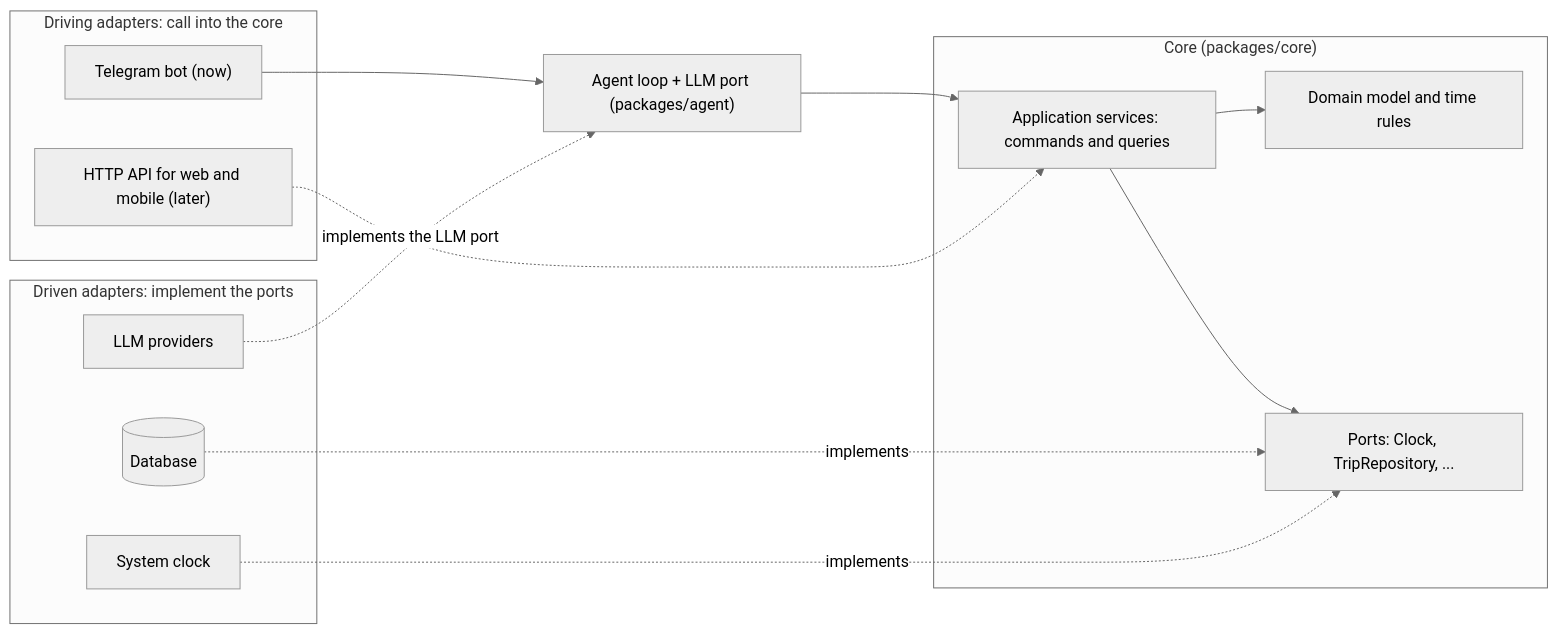
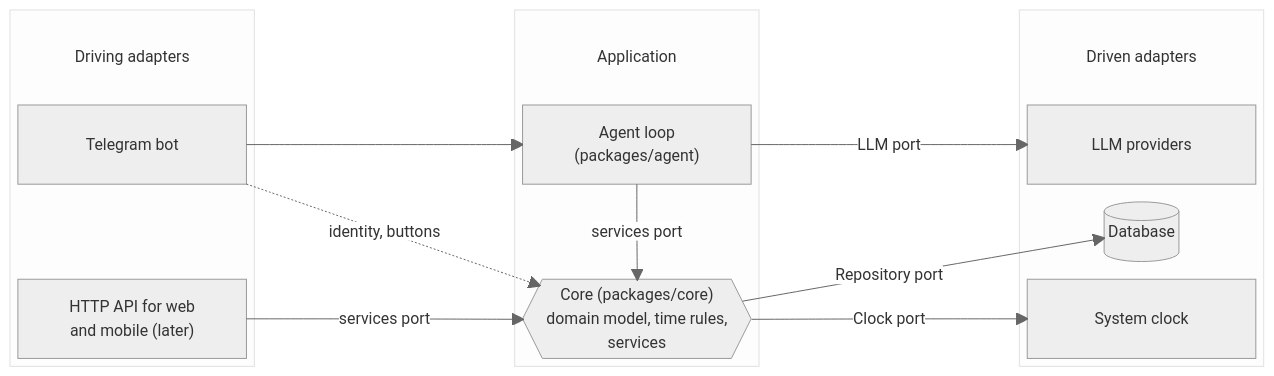
The first of 2 diagrams in ARCHITECTURE.md (guidugaich/ai-travel-agent), drawn with Mermaid (neutral theme) before and after one commit. The commit also changed other lines of this file, not shown here.

Commit message:
docs: redesign arch diagrams

````diff
--- a/ARCHITECTURE.md
+++ b/ARCHITECTURE.md
@@ -23,30 +20,37 @@
 ```mermaid
-flowchart LR
-  subgraph driving ["Driving adapters: call into the core"]
-    tg["Telegram bot (now)"]
-    api["HTTP API for web and mobile (later)"]
+block-beta
+  columns 5
+  block:driving
+    columns 1
+    dt["Driving adapters"]
+    tg["Telegram bot"]
+    space
+    api["HTTP API for web<br>and mobile (later)"]
   end
-
-  agent["Agent loop + LLM port (packages/agent)"]
-
-  subgraph core ["Core (packages/core)"]
-    svc["Application services: commands and queries"]
-    dom["Domain model and time rules"]
-    port["Ports: Clock, TripRepository, ..."]
+  space
+  block:app
+    columns 1
+    at["Application"]
+    agent["Agent loop<br>(packages/agent)"]
+    space
+    core{{"Core (packages/core)<br>domain model, time rules,<br>services"}}
   end
-
-  subgraph driven ["Driven adapters: implement the ports"]
+  space
+  block:driven
+    columns 1
+    dvt["Driven adapters"]
+    llm["LLM providers"]
     db[("Database")]
     clk["System clock"]
-    llm["LLM providers"]
   end
-
   tg --> agent
-  agent --> svc
-  api -.-> svc
-  svc --> dom
-  svc --> port
-  db -. implements .-> port
-  clk -. implements .-> port
-  llm -. "implements the LLM port" .-> agent
+  tg -. "identity, buttons" .-> core
+  api -- "services port" --> core
+  agent -- "services port" --> core
+  agent -- "LLM port" --> llm
+  core -- "Repository port" --> db
+  core -- "Clock port" --> clk
+  style dt fill:none,stroke:none
+  style at fill:none,stroke:none
+  style dvt fill:none,stroke:none
 ```
````
